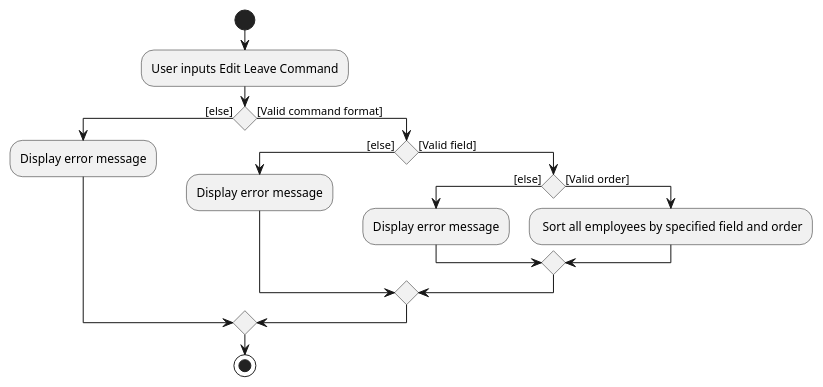
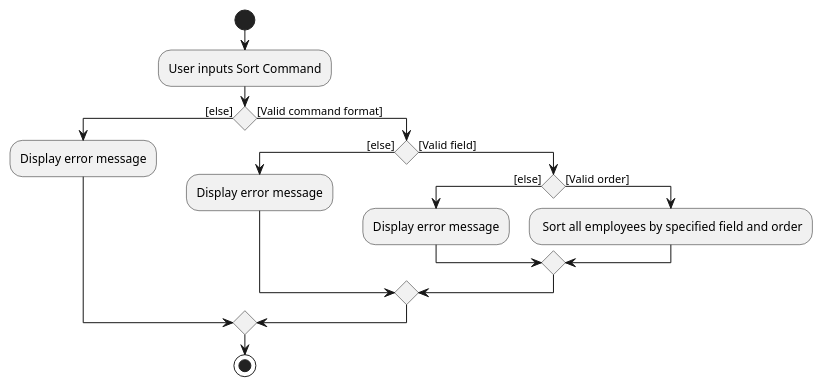
The diagram in docs/diagrams/SortActivityDiagram.puml (nus-cs2103-AY2324S1/tp), drawn with PlantUML before and after one commit. The commit also changed 2 other files, not shown here.

Commit message:
Fix incorrect command names and improve enhancement solutions

```diff
--- a/docs/diagrams/SortActivityDiagram.puml
+++ b/docs/diagrams/SortActivityDiagram.puml
@@ -1,23 +1,23 @@
 @startuml
 'https://plantuml.com/activity-diagram-beta
 
 start
-:User inputs Edit Leave Command;
+:User inputs Sort Command;
 
 if () then ([else])
   :Display error message;
 else ([Valid command format])
   if () then ([else])
     :Display error message;
   else ([Valid field])
     if () then ([else])
         :Display error message;
     else ([Valid order])
         : Sort all employees by specified field and order;
     endif
   endif
 endif
 
 stop
 
 @enduml
```
